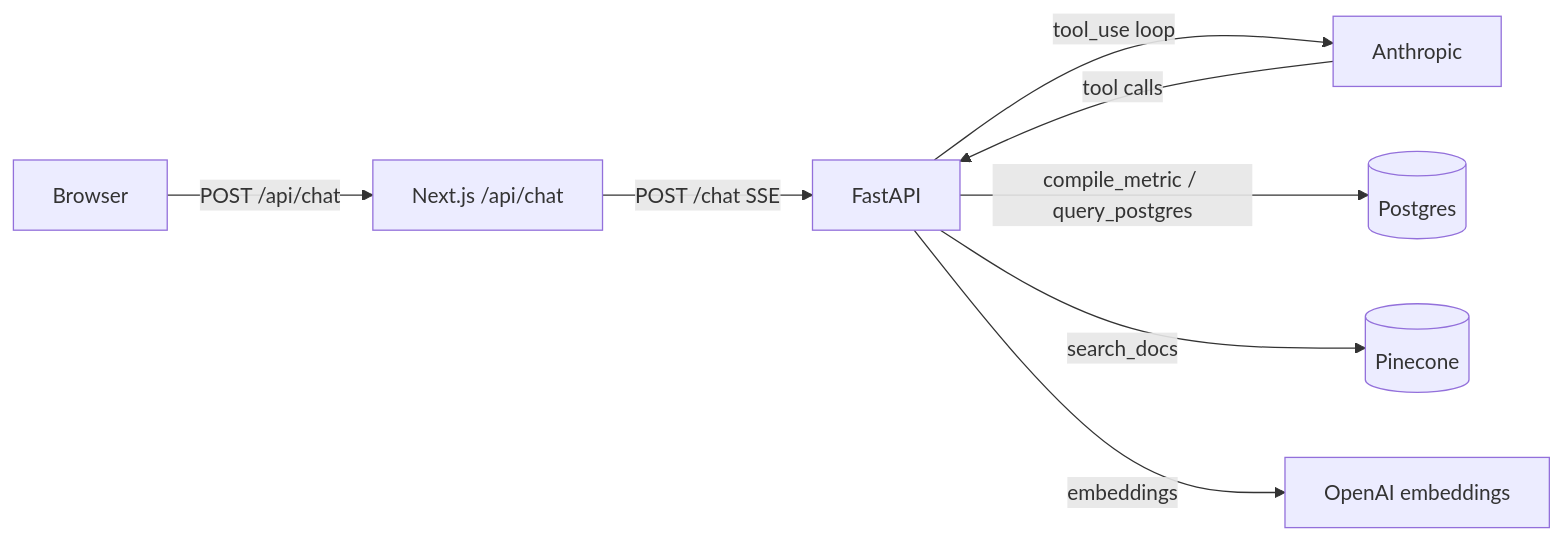
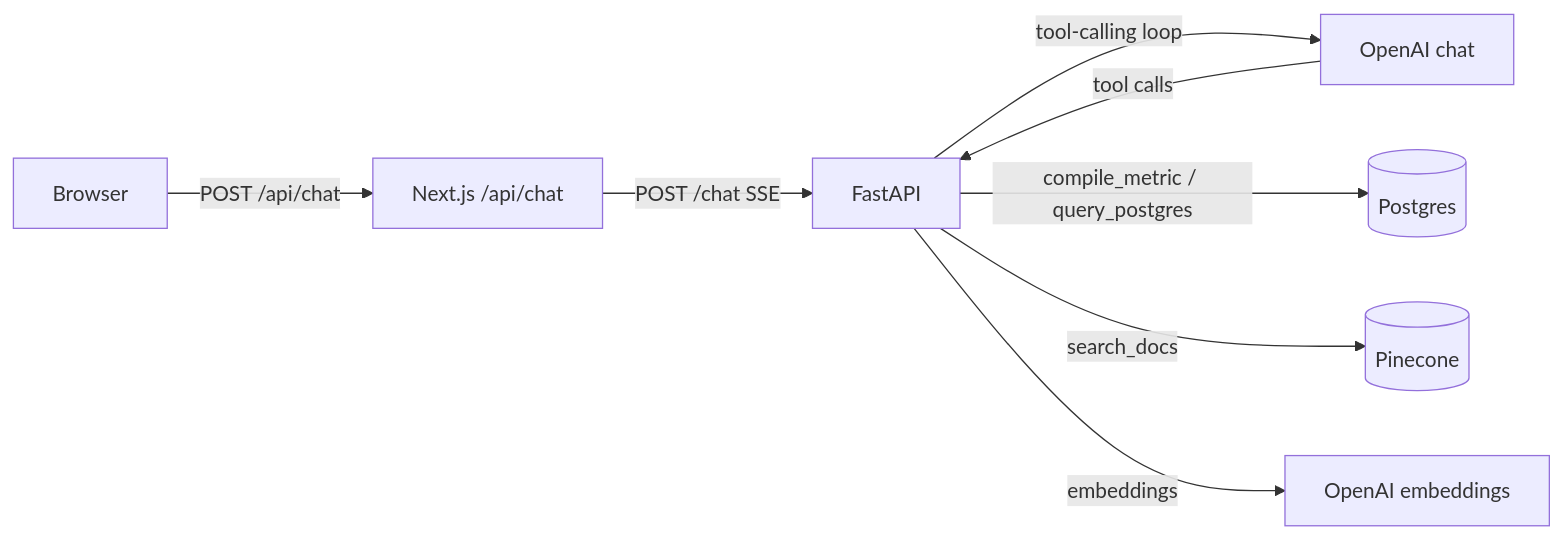
The diagram in README.md (Hunain0786/Multi-RAG-System), drawn with Mermaid before and after one commit. The commit also changed other lines of this file and 20 other files, not shown here.

First line of the commit message:
feat: switch the chat LLM from Anthropic to OpenAI

````diff
--- a/README.md
+++ b/README.md
@@ -18,10 +18,10 @@
 ```mermaid
 flowchart LR
     Browser -->|"POST /api/chat"| NextApi[Next.js /api/chat]
     NextApi -->|"POST /chat SSE"| FastAPI
-    FastAPI -->|"tool_use loop"| Anthropic
+    FastAPI -->|"tool-calling loop"| OpenAIChat[OpenAI chat]
     FastAPI -->|"compile_metric / query_postgres"| Postgres[(Postgres)]
     FastAPI -->|"search_docs"| Pinecone[(Pinecone)]
-    FastAPI -->|"embeddings"| OpenAI[OpenAI embeddings]
-    Anthropic -->|"tool calls"| FastAPI
+    FastAPI -->|"embeddings"| OpenAIEmbed[OpenAI embeddings]
+    OpenAIChat -->|"tool calls"| FastAPI
 ```
````
